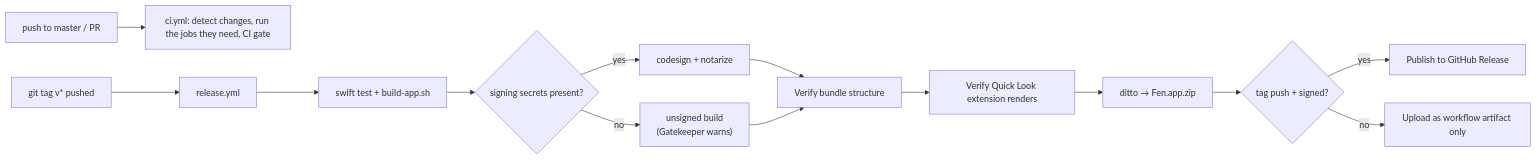
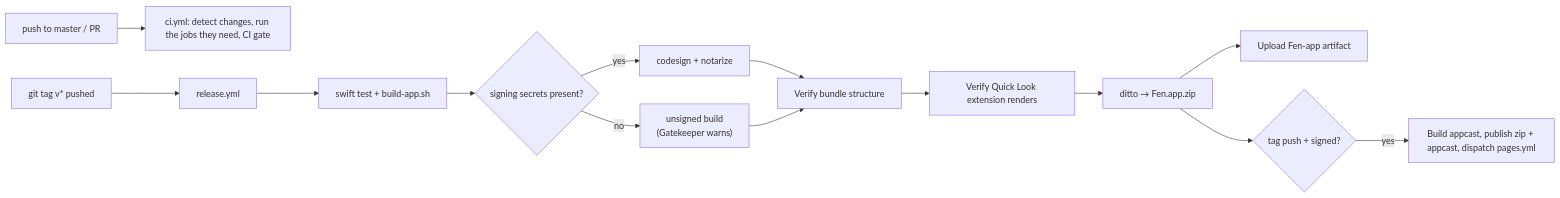
The eighth of 8 diagrams in docs/ARCHITECTURE.md (zoharbabin/fen), drawn with Mermaid before and after one commit. The commit also changed other lines of this file and 28 other files, not shown here.

````diff
--- a/docs/ARCHITECTURE.md
+++ b/docs/ARCHITECTURE.md
@@ -735,16 +1188,16 @@
 ```mermaid
 flowchart LR
     Push["push to master / PR"] --> CI["ci.yml: detect changes, run the jobs they need, CI gate"]
     Tag["git tag v* pushed"] --> Release["release.yml"]
     Release --> Build["swift test + build-app.sh"]
     Build --> Sign{"signing secrets present?"}
     Sign -->|yes| SignApp["codesign + notarize"]
     Sign -->|no| Unsigned["unsigned build<br/>(Gatekeeper warns)"]
     SignApp --> Verify["Verify bundle structure"]
     Unsigned --> Verify
     Verify --> VerifyQL["Verify Quick Look extension renders"]
     VerifyQL --> Zip["ditto → Fen.app.zip"]
+    Zip --> Artifact["Upload Fen-app artifact"]
     Zip --> Publish{"tag push + signed?"}
-    Publish -->|yes| GHRelease["Publish to GitHub Release"]
-    Publish -->|no| Artifact["Upload as workflow artifact only"]
+    Publish -->|yes| GHRelease["Build appcast, publish zip + appcast, dispatch pages.yml"]
 ```
````
